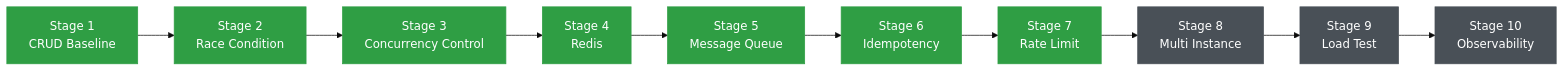
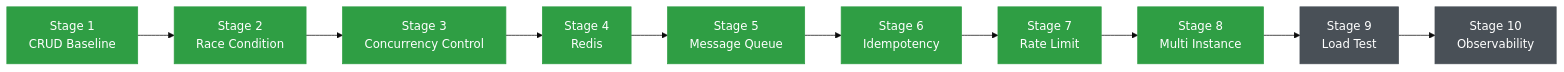
The first of 8 diagrams in README.md (kaikaizhen/High-Concurrency-Flash-Sale-System), drawn with Mermaid (base theme) before and after one commit. The commit also changed other lines of this file and 21 other files, not shown here.

````diff
--- a/README.md
+++ b/README.md
@@ -31,17 +31,17 @@
 ```mermaid
 flowchart LR
     S1["Stage 1<br/>CRUD Baseline"] --> S2["Stage 2<br/>Race Condition"]
     S2 --> S3["Stage 3<br/>Concurrency Control"]
     S3 --> S4["Stage 4<br/>Redis"]
     S4 --> S5["Stage 5<br/>Message Queue"]
     S5 --> S6["Stage 6<br/>Idempotency"]
     S6 --> S7["Stage 7<br/>Rate Limit"]
     S7 --> S8["Stage 8<br/>Multi Instance"]
     S8 --> S9["Stage 9<br/>Load Test"]
     S9 --> S10["Stage 10<br/>Observability"]
 
     classDef done fill:#2f9e44,stroke:#2f9e44,color:#fff
     classDef todo fill:#495057,stroke:#495057,color:#fff
-    class S1,S2,S3,S4,S5,S6,S7 done
-    class S8,S9,S10 todo
+    class S1,S2,S3,S4,S5,S6,S7,S8 done
+    class S9,S10 todo
 ```
````
